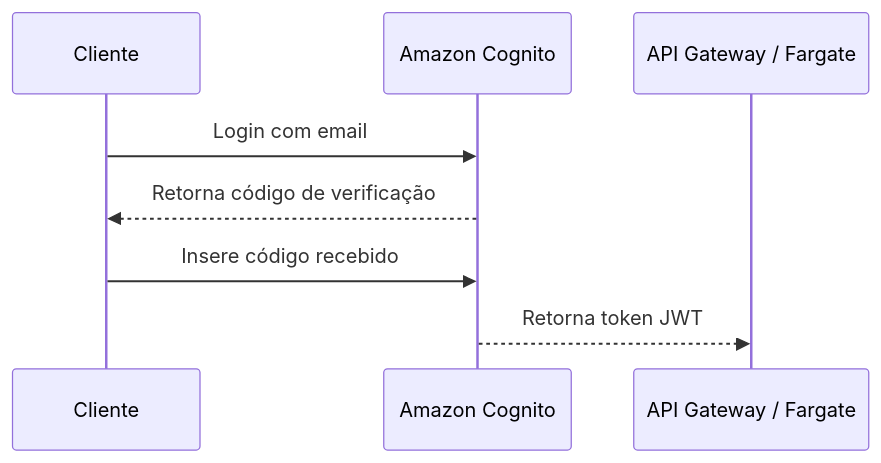
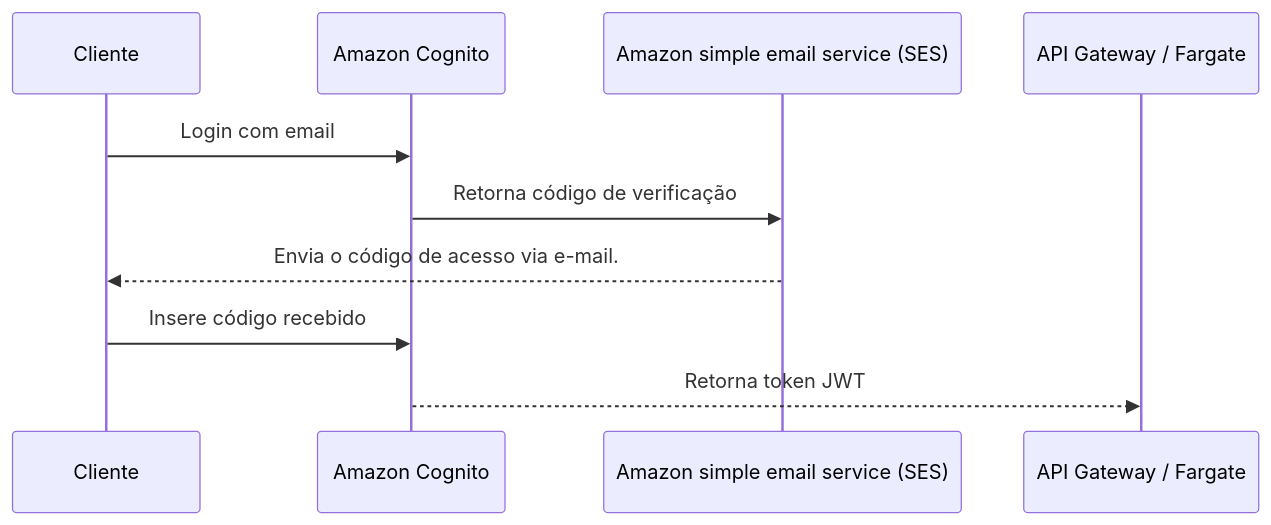
Before and after one commit to Gabrielfrahm/train-to-level-up: the diagram in README.md, drawn with Mermaid. The commit also changed other lines of this file and 2 other files, not shown here.

````diff
--- a/README.md
+++ b/README.md
@@ -30,11 +11,13 @@
 ```mermaid
 sequenceDiagram
     participant Cliente
     participant Cognito as Amazon Cognito
+    participant SES as Amazon simple email service (SES)
     participant API as API Gateway / Fargate
 
     Cliente->>Cognito:  Login com email
-    Cognito-->>Cliente:  Retorna código de verificação
+    Cognito->>SES:  Retorna código de verificação
+    SES-->>Cliente: Envia o código de acesso via e-mail.
     Cliente->>Cognito:  Insere código recebido
     Cognito-->>API:  Retorna token JWT
 ```
````
